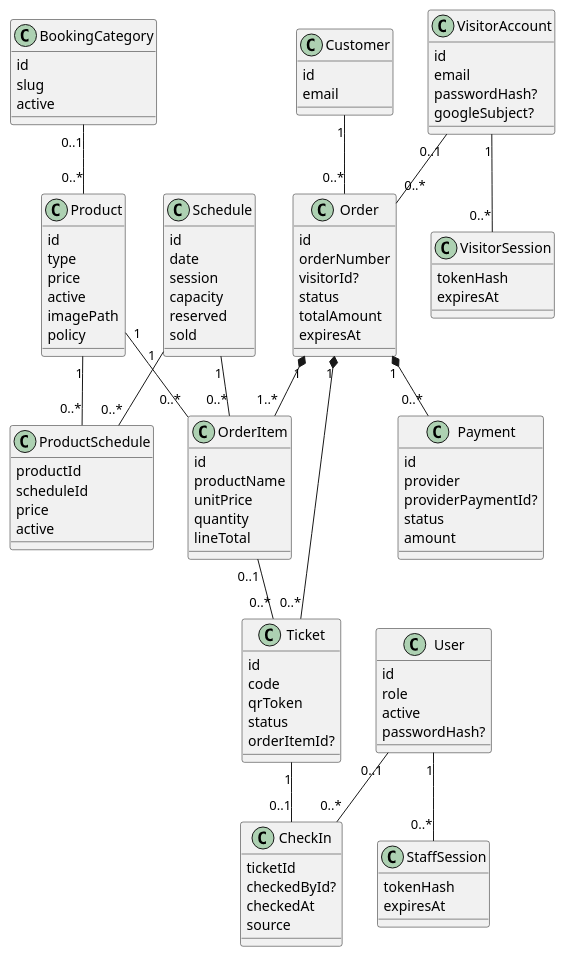
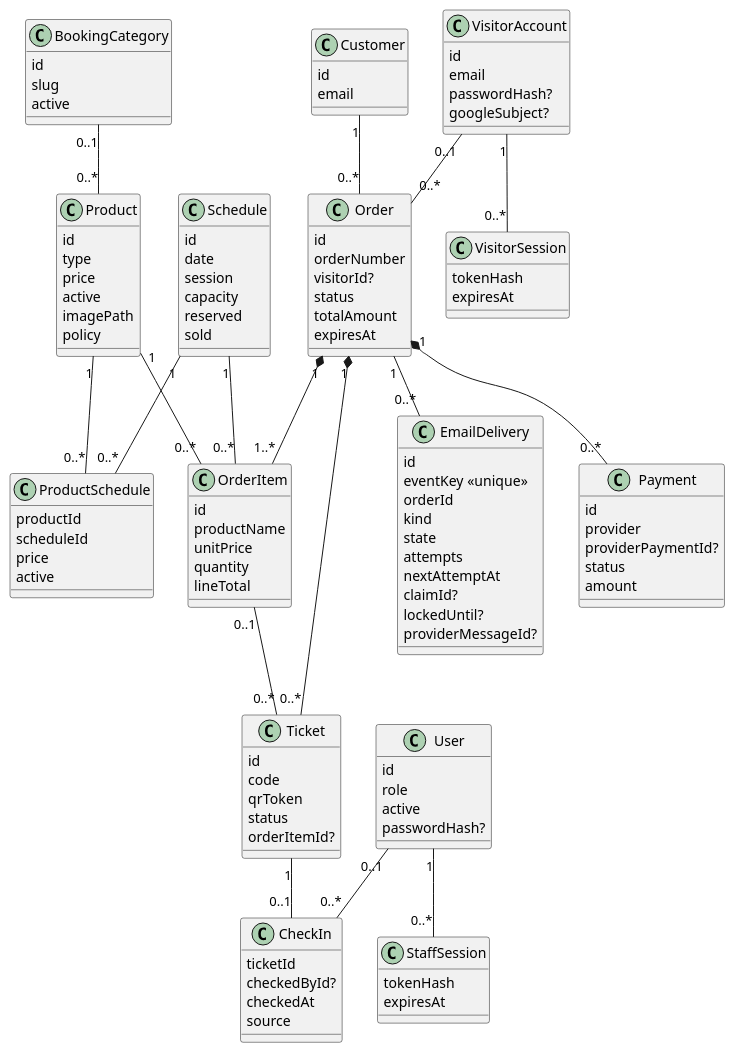
The diagram in docs/booking/diagrams/domain-class.puml (rifdanhd/lembur.udjo), drawn with PlantUML before and after one commit. The commit also changed 47 other files, not shown here.

```diff
--- a/docs/booking/diagrams/domain-class.puml
+++ b/docs/booking/diagrams/domain-class.puml
@@ -1,103 +1,116 @@
 @startuml
 class BookingCategory {
   id
   slug
   active
 }
 class Product {
   id
   type
   price
   active
   imagePath
   policy
 }
 class ProductSchedule {
   productId
   scheduleId
   price
   active
 }
 class Schedule {
   id
   date
   session
   capacity
   reserved
   sold
 }
 class VisitorAccount {
   id
   email
   passwordHash?
   googleSubject?
 }
 class VisitorSession {
   tokenHash
   expiresAt
 }
 class Customer {
   id
   email
 }
 class Order {
   id
   orderNumber
   visitorId?
   status
   totalAmount
   expiresAt
 }
 class OrderItem {
   id
   productName
   unitPrice
   quantity
   lineTotal
 }
 class Payment {
   id
   provider
   providerPaymentId?
   status
   amount
 }
 class Ticket {
   id
   code
   qrToken
   status
   orderItemId?
 }
+class EmailDelivery {
+  id
+  eventKey <<unique>>
+  orderId
+  kind
+  state
+  attempts
+  nextAttemptAt
+  claimId?
+  lockedUntil?
+  providerMessageId?
+}
 class CheckIn {
   ticketId
   checkedById?
   checkedAt
   source
 }
 class User {
   id
   role
   active
   passwordHash?
 }
 class StaffSession {
   tokenHash
   expiresAt
 }
 BookingCategory "0..1" -- "0..*" Product
 Product "1" -- "0..*" ProductSchedule
 Schedule "1" -- "0..*" ProductSchedule
 VisitorAccount "1" -- "0..*" VisitorSession
 VisitorAccount "0..1" -- "0..*" Order
 Customer "1" -- "0..*" Order
 Order "1" *-- "1..*" OrderItem
 Order "1" *-- "0..*" Payment
+Order "1" -- "0..*" EmailDelivery
 Order "1" *-- "0..*" Ticket
 Product "1" -- "0..*" OrderItem
 Schedule "1" -- "0..*" OrderItem
 OrderItem "0..1" -- "0..*" Ticket
 Ticket "1" -- "0..1" CheckIn
 User "0..1" -- "0..*" CheckIn
 User "1" -- "0..*" StaffSession
 @enduml
```
